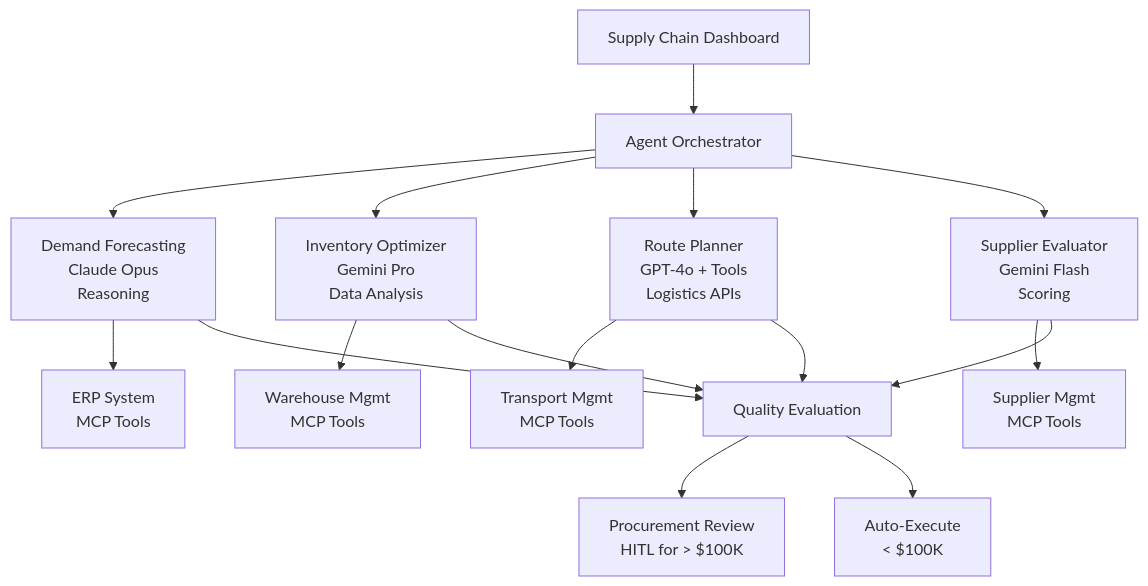
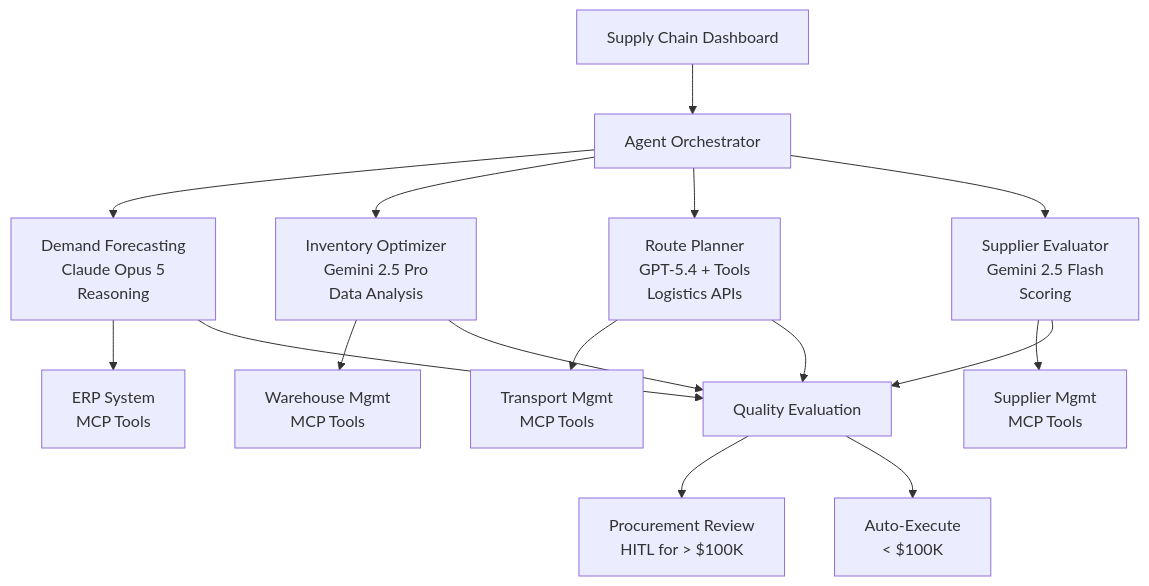
Before and after one commit to juspay/neurolink-blog: the diagram in _posts/2026-02-04-orchestrating-supply-chain-ai.md, drawn with Mermaid. The commit also changed other lines of this file and 172 other files, not shown here.

````diff
--- a/_posts/2026-02-04-orchestrating-supply-chain-ai.md
+++ b/_posts/2026-02-04-orchestrating-supply-chain-ai.md
@@ -41,22 +41,22 @@
 ```mermaid
 flowchart TB
     Dashboard[Supply Chain Dashboard] --> Orchestrator[Agent Orchestrator]
 
-    Orchestrator --> Demand[Demand Forecasting<br/>Claude Opus<br/>Reasoning]
-    Orchestrator --> Inventory[Inventory Optimizer<br/>Gemini Pro<br/>Data Analysis]
-    Orchestrator --> Route[Route Planner<br/>GPT-4o + Tools<br/>Logistics APIs]
-    Orchestrator --> Supplier[Supplier Evaluator<br/>Gemini Flash<br/>Scoring]
+    Orchestrator --> Demand[Demand Forecasting<br/>Claude Opus 5<br/>Reasoning]
+    Orchestrator --> Inventory[Inventory Optimizer<br/>Gemini 2.5 Pro<br/>Data Analysis]
+    Orchestrator --> Route[Route Planner<br/>GPT-5.4 + Tools<br/>Logistics APIs]
+    Orchestrator --> Supplier[Supplier Evaluator<br/>Gemini 2.5 Flash<br/>Scoring]
 
     Demand --> ERP[ERP System<br/>MCP Tools]
     Inventory --> WMS[Warehouse Mgmt<br/>MCP Tools]
     Route --> TMS[Transport Mgmt<br/>MCP Tools]
     Supplier --> SRM[Supplier Mgmt<br/>MCP Tools]
 
     Demand --> Eval[Quality Evaluation]
     Inventory --> Eval
     Route --> Eval
     Supplier --> Eval
 
     Eval --> HITL[Procurement Review<br/>HITL for > $100K]
     Eval --> Auto[Auto-Execute<br/>< $100K]
 ```
````
